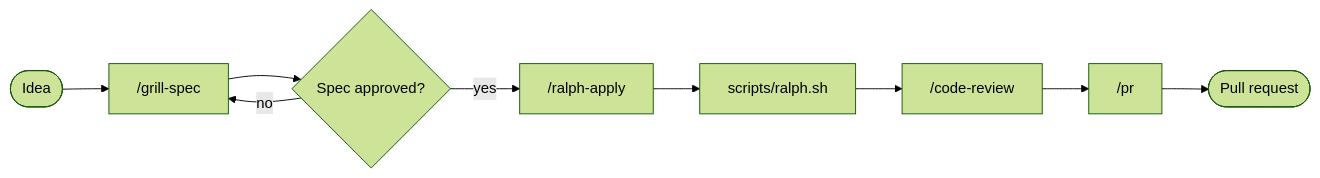
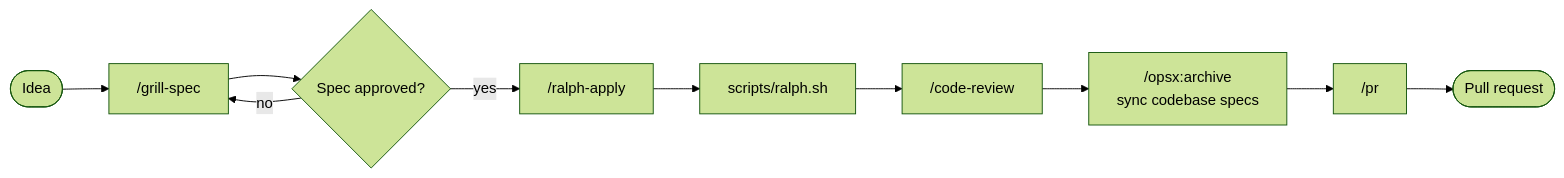
One commit to Kaygijzen/dotskills changed the diagram in README.md. Above: the diagram before and after it, drawn with Mermaid (forest theme). The commit also changed other lines of this file and 1 other file, not shown here.

First line of the commit message:
Explain spec-driven development and add archive step to flow

````diff
--- a/README.md
+++ b/README.md
@@ -136,11 +174,12 @@
 ```mermaid
 flowchart LR
     idea(["Idea"]) --> grill["/grill-spec"]
     grill --> review{"Spec approved?"}
     review -- "no" --> grill
     review -- "yes" --> ralph["/ralph-apply"]
     ralph --> loop["scripts/ralph.sh"]
     loop --> cr["/code-review"]
-    cr --> pr["/pr"]
+    cr --> arch["/opsx:archive<br/>sync codebase specs"]
+    arch --> pr["/pr"]
     pr --> done(["Pull request"])
 ```
````
